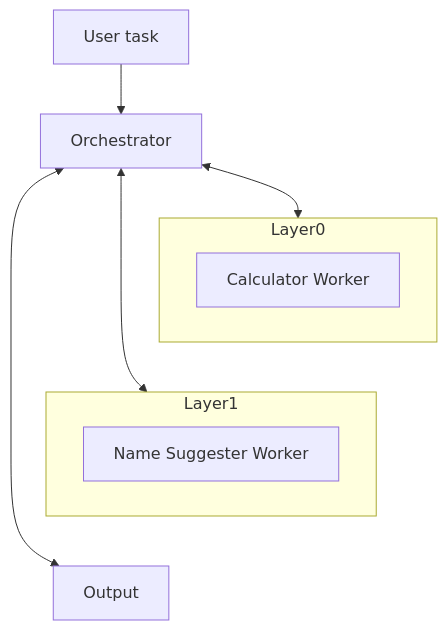
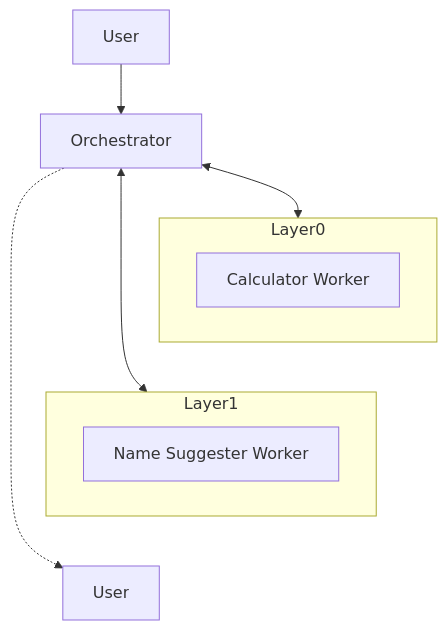
One commit to O-B-E/Black-Box-Approach-For-Mapping-Multi-Agent-Systems changed the diagram in POC/02_Orchestrator_2_Agents/mixture_of_agents.md. Above: the diagram before and after it, drawn with Mermaid. The commit also changed other lines of this file and 4 other files, not shown here.

````diff
--- a/POC/02_Orchestrator_2_Agents/mixture_of_agents.md
+++ b/POC/02_Orchestrator_2_Agents/mixture_of_agents.md
@@ -20,17 +9,17 @@
 ```mermaid
 flowchart TB
-	U[User task] --> S[Orchestrator]
-	
+	U[User] --> O[Orchestrator]
+
 	subgraph Layer0
 		A00[Calculator Worker]
 	end
 	subgraph Layer1
 		A10[Name Suggester Worker]
 	end
-	
-	S <--> Layer0
-	S <--> Layer1
-	S <--> UO[Output]
-	
+
+	O <--> Layer0
+	O <--> Layer1
+	O -.-> UO[User]
+
 	Layer0 ~~~ Layer1 ~~~ UO
 ```
````
